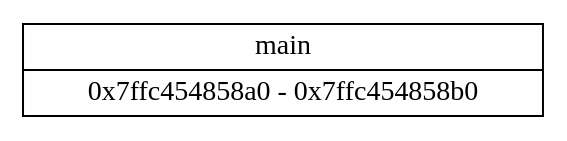
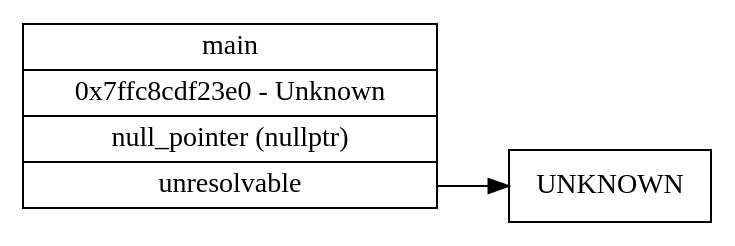
Before and after one commit to stefanos-86/Remember: the diagram in testPrograms/mainLocalVariables_result.dot, drawn with Graphviz. The commit also changed 9 other files, not shown here.

```diff
--- a/testPrograms/mainLocalVariables_result.dot
+++ b/testPrograms/mainLocalVariables_result.dot
@@ -1,5 +1,6 @@
 digraph "Memory Dump" {
 	node [shape=record]
 	rankdir=LR
-	"0x7ffc454858a0" [label="main|0x7ffc454858a0 - 0x7ffc454858b0"]
+	"0x7ffc8cdf23e0":p0 -> UNKNOWN
+	"0x7ffc8cdf23e0" [label="main|0x7ffc8cdf23e0 - Unknown|null_pointer (nullptr)|<p0> unresolvable"]
 }
```
